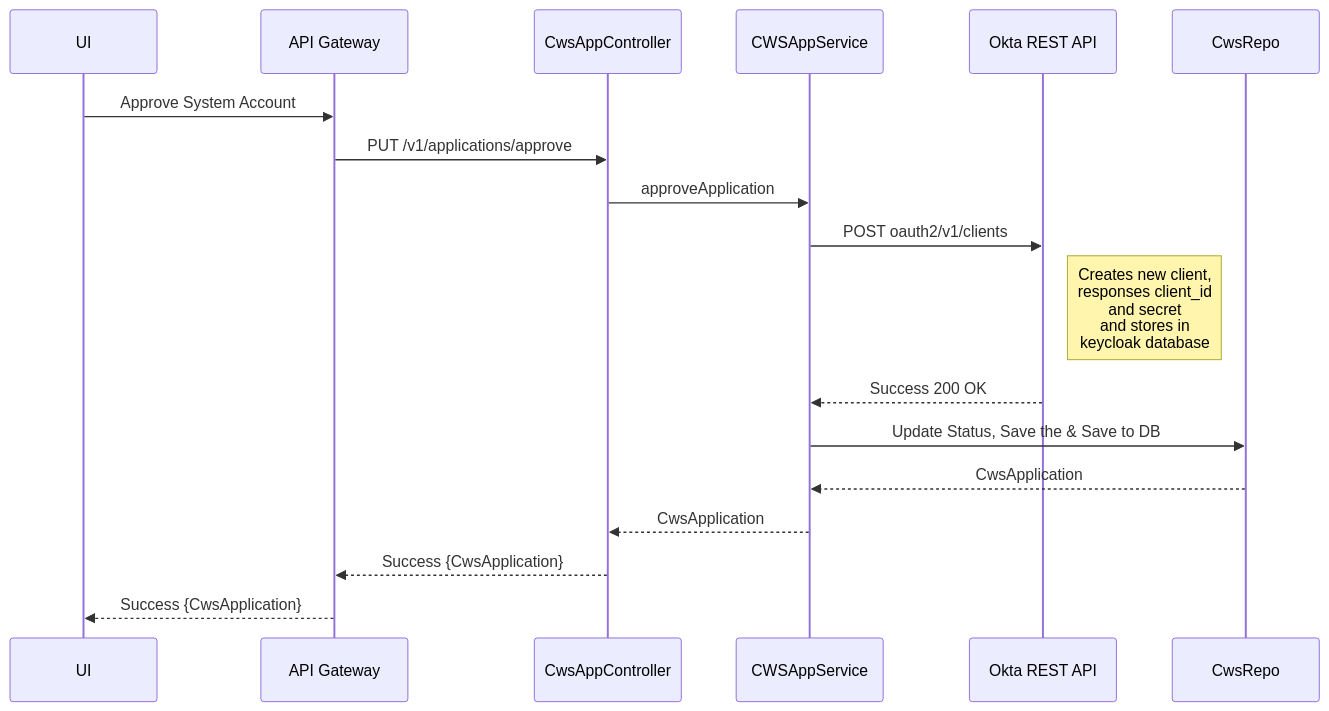
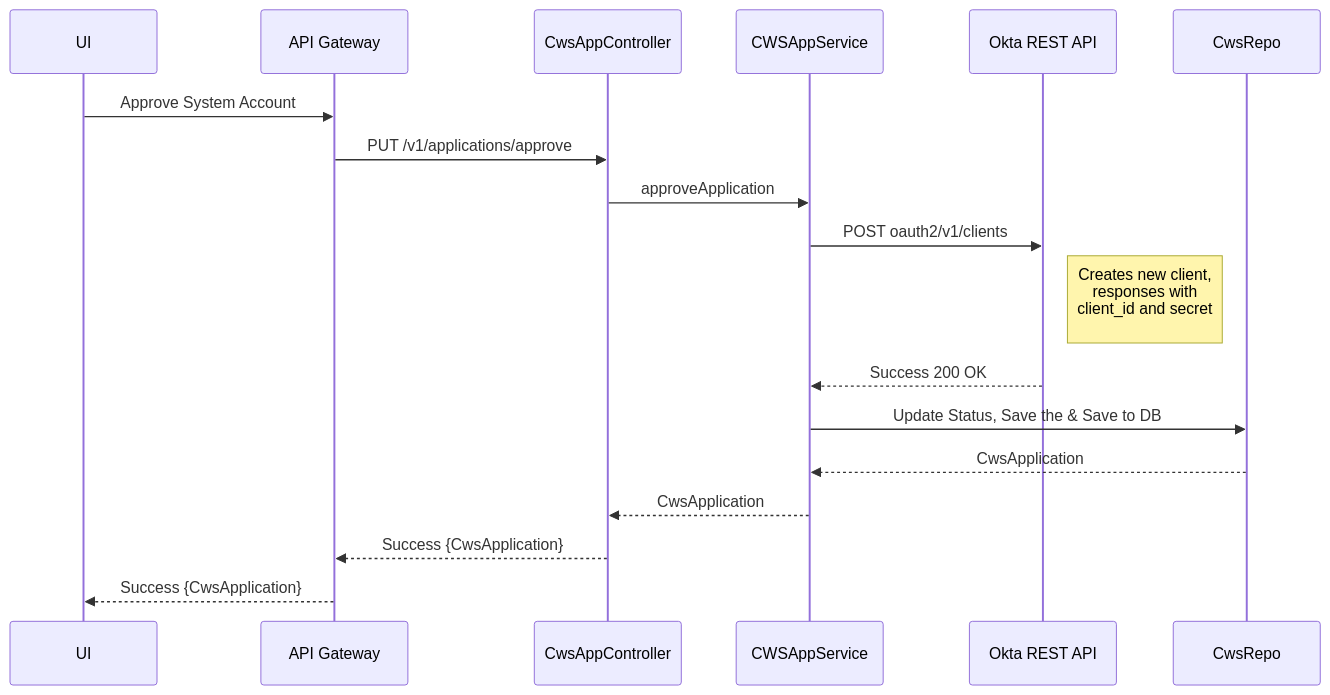
Before and after one commit to venuduggireddy/slakedit: the first of 4 diagrams in README.md, drawn with Mermaid. The commit also changed other lines of this file, not shown here.

Commit message:
README.md updated from https://stackedit.io/

````diff
--- a/README.md
+++ b/README.md
@@ -74,14 +74,14 @@
 ```mermaid
 sequenceDiagram
 UI ->> API Gateway: Approve System Account
 API Gateway->>CwsAppController: PUT /v1/applications/approve
 CwsAppController->> CWSAppService: approveApplication
 CWSAppService ->> Okta REST API: POST oauth2/v1/clients
-Note right of Okta REST API: Creates new client,<br/>responses client_id <br/> and secret<br/> and stores in <br/> keycloak database
+Note right of Okta REST API: Creates new client,<br/>responses with <br/> client_id and secret<br/> 
 Okta REST API -->> CWSAppService : Success 200 OK
 CWSAppService ->> CwsRepo: Update Status, Save the & Save to DB 
 CwsRepo -->> CWSAppService: CwsApplication
 CWSAppService -->> CwsAppController: CwsApplication
 CwsAppController -->> API Gateway: Success {CwsApplication}
 API Gateway -->> UI: Success {CwsApplication}
 ```
````
